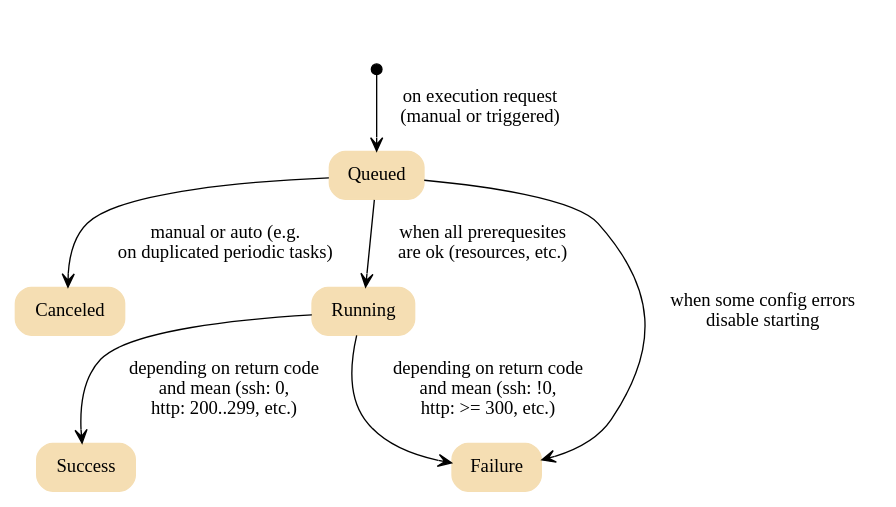
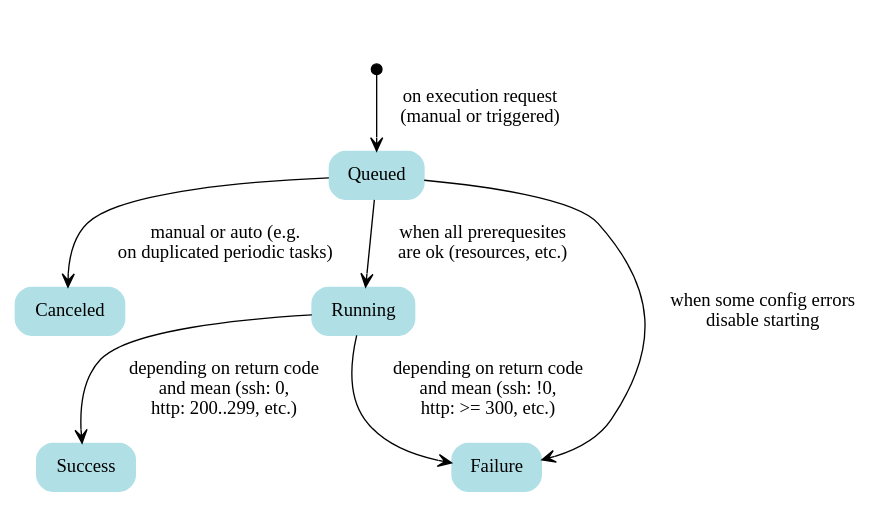
The diagram in doc/taskrequests_statuses.dot (g76r/qron), drawn with Graphviz before and after one commit. The commit also changed 3 other files, not shown here.

Commit message:
doc: parameters inheritage hierarchy diagram

```diff
--- a/doc/taskrequests_statuses.dot
+++ b/doc/taskrequests_statuses.dot
@@ -1,11 +1,11 @@
 graph g {
-node [shape=box,style="filled,rounded",color=wheat]
+node [shape=box,style="filled,rounded",color=powderblue]
 edge [dir=forward,arrowhead=vee]
 begin [style=invis]
 begin -- Queued [label="on execution request\n(manual or triggered)",arrowtail=dot,dir=both]
 Queued -- Canceled [label="manual or auto (e.g.\non duplicated periodic tasks)"]
 Queued -- Running [label="when all prerequesites\nare ok (resources, etc.)"]
 Running -- Success [label="depending on return code\nand mean (ssh: 0,\nhttp: 200..299, etc.)"]
 Running -- Failure [label="depending on return code\nand mean (ssh: !0,\nhttp: >= 300, etc.)"]
 Queued -- Failure [label="when some config errors\ndisable starting"]
 }
```
